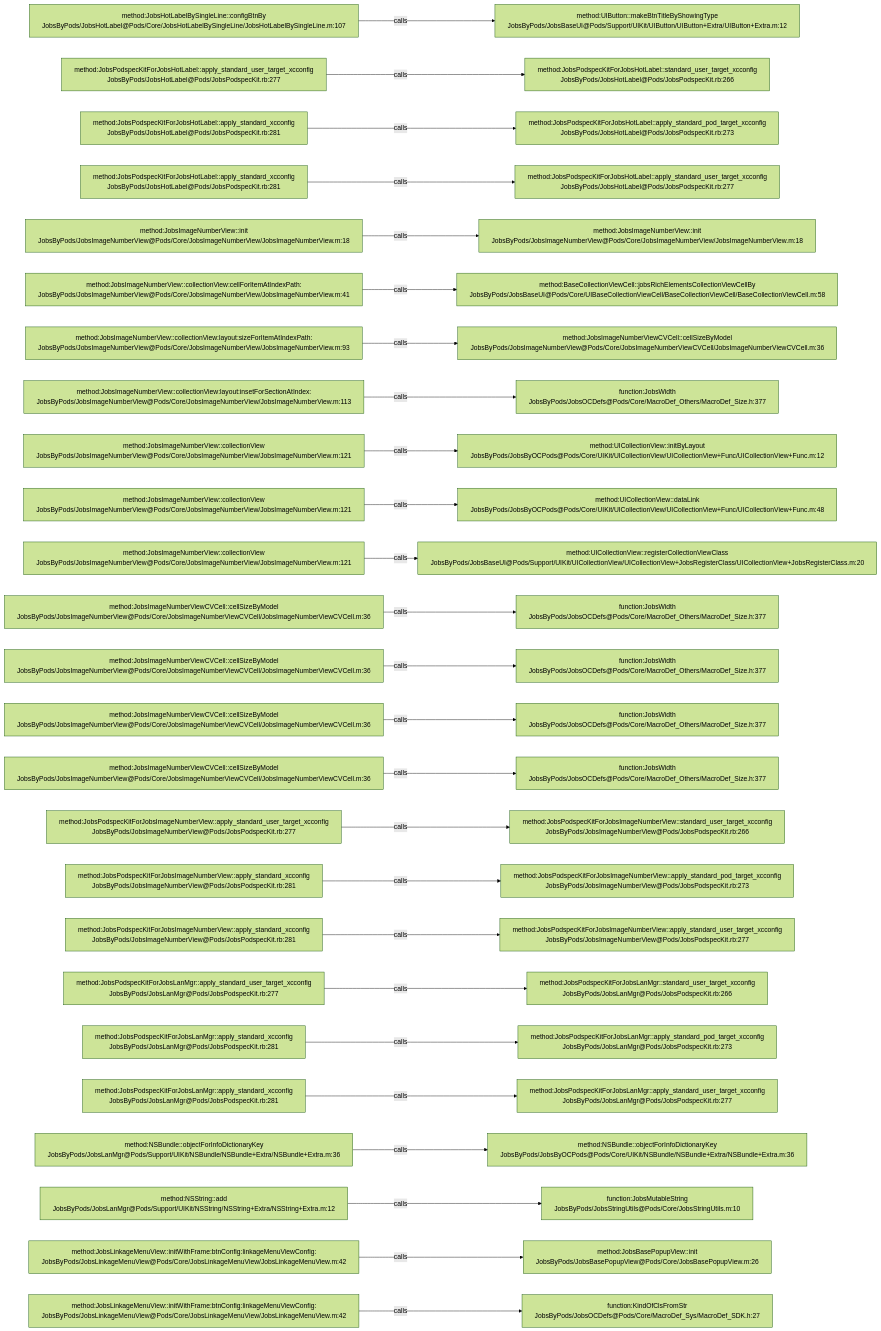
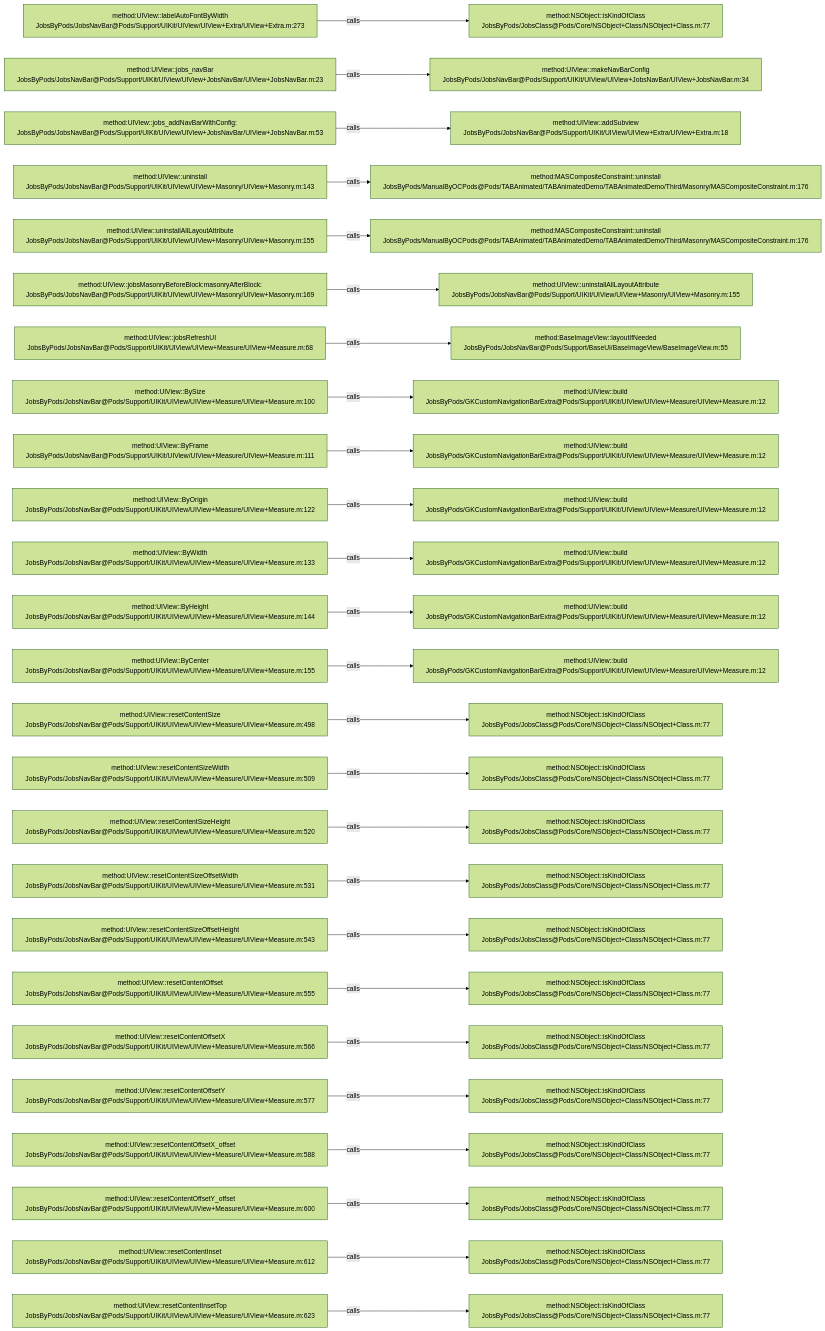
One commit to JobsKits/JobsOCBaseConfigDemo changed the diagram in .codegraph/codegraph.md/graphs/calls-126.md. Above: the diagram before and after it, drawn with Mermaid (forest theme). The commit also changed 1026 other files, not shown here.

````diff
--- a/.codegraph/codegraph.md/graphs/calls-126.md
+++ b/.codegraph/codegraph.md/graphs/calls-126.md
@@ -13,78 +13,78 @@
 ```mermaid
 flowchart LR
-  S1["method:JobsHotLabelBySingleLine::configBtnBy<br/>JobsByPods/JobsHotLabel@Pods/Core/JobsHotLabelBySingleLine/JobsHotLabelBySingleLine.m:107"]
-  T1["method:UIButton::makeBtnTitleByShowingType<br/>JobsByPods/JobsBaseUI@Pods/Support/UIKit/UIButton/UIButton+Extra/UIButton+Extra.m:12"]
+  S1["method:UIView::labelAutoFontByWidth<br/>JobsByPods/JobsNavBar@Pods/Support/UIKit/UIView/UIView+Extra/UIView+Extra.m:273"]
+  T1["method:NSObject::isKindOfClass<br/>JobsByPods/JobsClass@Pods/Core/NSObject+Class/NSObject+Class.m:77"]
   S1 -->|calls| T1
-  S2["method:JobsPodspecKitForJobsHotLabel::apply_standard_user_target_xcconfig<br/>JobsByPods/JobsHotLabel@Pods/JobsPodspecKit.rb:277"]
-  T2["method:JobsPodspecKitForJobsHotLabel::standard_user_target_xcconfig<br/>JobsByPods/JobsHotLabel@Pods/JobsPodspecKit.rb:266"]
+  S2["method:UIView::jobs_navBar<br/>JobsByPods/JobsNavBar@Pods/Support/UIKit/UIView/UIView+JobsNavBar/UIView+JobsNavBar.m:23"]
+  T2["method:UIView::makeNavBarConfig<br/>JobsByPods/JobsNavBar@Pods/Support/UIKit/UIView/UIView+JobsNavBar/UIView+JobsNavBar.m:34"]
   S2 -->|calls| T2
-  S3["method:JobsPodspecKitForJobsHotLabel::apply_standard_xcconfig<br/>JobsByPods/JobsHotLabel@Pods/JobsPodspecKit.rb:281"]
-  T3["method:JobsPodspecKitForJobsHotLabel::apply_standard_pod_target_xcconfig<br/>JobsByPods/JobsHotLabel@Pods/JobsPodspecKit.rb:273"]
+  S3["method:UIView::jobs_addNavBarWithConfig:<br/>JobsByPods/JobsNavBar@Pods/Support/UIKit/UIView/UIView+JobsNavBar/UIView+JobsNavBar.m:53"]
+  T3["method:UIView::addSubview<br/>JobsByPods/JobsNavBar@Pods/Support/UIKit/UIView/UIView+Extra/UIView+Extra.m:18"]
   S3 -->|calls| T3
-  S4["method:JobsPodspecKitForJobsHotLabel::apply_standard_xcconfig<br/>JobsByPods/JobsHotLabel@Pods/JobsPodspecKit.rb:281"]
-  T4["method:JobsPodspecKitForJobsHotLabel::apply_standard_user_target_xcconfig<br/>JobsByPods/JobsHotLabel@Pods/JobsPodspecKit.rb:277"]
+  S4["method:UIView::uninstall<br/>JobsByPods/JobsNavBar@Pods/Support/UIKit/UIView/UIView+Masonry/UIView+Masonry.m:143"]
+  T4["method:MASCompositeConstraint::uninstall<br/>JobsByPods/ManualByOCPods@Pods/TABAnimated/TABAnimatedDemo/TABAnimatedDemo/Third/Masonry/MASCompositeConstraint.m:176"]
   S4 -->|calls| T4
-  S5["method:JobsImageNumberView::init<br/>JobsByPods/JobsImageNumberView@Pods/Core/JobsImageNumberView/JobsImageNumberView.m:18"]
-  T5["method:JobsImageNumberView::init<br/>JobsByPods/JobsImageNumberView@Pods/Core/JobsImageNumberView/JobsImageNumberView.m:18"]
+  S5["method:UIView::uninstallAllLayoutAttribute<br/>JobsByPods/JobsNavBar@Pods/Support/UIKit/UIView/UIView+Masonry/UIView+Masonry.m:155"]
+  T5["method:MASCompositeConstraint::uninstall<br/>JobsByPods/ManualByOCPods@Pods/TABAnimated/TABAnimatedDemo/TABAnimatedDemo/Third/Masonry/MASCompositeConstraint.m:176"]
   S5 -->|calls| T5
-  S6["method:JobsImageNumberView::collectionView:cellForItemAtIndexPath:<br/>JobsByPods/JobsImageNumberView@Pods/Core/JobsImageNumberView/JobsImageNumberView.m:41"]
-  T6["method:BaseCollectionViewCell::jobsRichElementsCollectionViewCellBy<br/>JobsByPods/JobsBaseUI@Pods/Core/UIBaseCollectionViewCell/BaseCollectionViewCell/BaseCollectionViewCell.m:58"]
+  S6["method:UIView::jobsMasonryBeforeBlock:masonryAfterBlock:<br/>JobsByPods/JobsNavBar@Pods/Support/UIKit/UIView/UIView+Masonry/UIView+Masonry.m:169"]
+  T6["method:UIView::uninstallAllLayoutAttribute<br/>JobsByPods/JobsNavBar@Pods/Support/UIKit/UIView/UIView+Masonry/UIView+Masonry.m:155"]
   S6 -->|calls| T6
-  S7["method:JobsImageNumberView::collectionView:layout:sizeForItemAtIndexPath:<br/>JobsByPods/JobsImageNumberView@Pods/Core/JobsImageNumberView/JobsImageNumberView.m:93"]
-  T7["method:JobsImageNumberViewCVCell::cellSizeByModel<br/>JobsByPods/JobsImageNumberView@Pods/Core/JobsImageNumberViewCVCell/JobsImageNumberViewCVCell.m:36"]
+  S7["method:UIView::jobsRefreshUI<br/>JobsByPods/JobsNavBar@Pods/Support/UIKit/UIView/UIView+Measure/UIView+Measure.m:68"]
+  T7["method:BaseImageView::layoutIfNeeded<br/>JobsByPods/JobsNavBar@Pods/Support/BaseUI/BaseImageView/BaseImageView.m:55"]
   S7 -->|calls| T7
-  S8["method:JobsImageNumberView::collectionView:layout:insetForSectionAtIndex:<br/>JobsByPods/JobsImageNumberView@Pods/Core/JobsImageNumberView/JobsImageNumberView.m:113"]
-  T8["function:JobsWidth<br/>JobsByPods/JobsOCDefs@Pods/Core/MacroDef_Others/MacroDef_Size.h:377"]
+  S8["method:UIView::BySize<br/>JobsByPods/JobsNavBar@Pods/Support/UIKit/UIView/UIView+Measure/UIView+Measure.m:100"]
+  T8["method:UIView::build<br/>JobsByPods/GKCustomNavigationBarExtra@Pods/Support/UIKit/UIView/UIView+Measure/UIView+Measure.m:12"]
   S8 -->|calls| T8
-  S9["method:JobsImageNumberView::collectionView<br/>JobsByPods/JobsImageNumberView@Pods/Core/JobsImageNumberView/JobsImageNumberView.m:121"]
-  T9["method:UICollectionView::initByLayout<br/>JobsByPods/JobsByOCPods@Pods/Core/UIKit/UICollectionView/UICollectionView+Func/UICollectionView+Func.m:12"]
+  S9["method:UIView::ByFrame<br/>JobsByPods/JobsNavBar@Pods/Support/UIKit/UIView/UIView+Measure/UIView+Measure.m:111"]
+  T9["method:UIView::build<br/>JobsByPods/GKCustomNavigationBarExtra@Pods/Support/UIKit/UIView/UIView+Measure/UIView+Measure.m:12"]
   S9 -->|calls| T9
-  S10["method:JobsImageNumberView::collectionView<br/>JobsByPods/JobsImageNumberView@Pods/Core/JobsImageNumberView/JobsImageNumberView.m:121"]
-  T10["method:UICollectionView::dataLink<br/>JobsByPods/JobsByOCPods@Pods/Core/UIKit/UICollectionView/UICollectionView+Func/UICollectionView+Func.m:48"]
+  S10["method:UIView::ByOrigin<br/>JobsByPods/JobsNavBar@Pods/Support/UIKit/UIView/UIView+Measure/UIView+Measure.m:122"]
+  T10["method:UIView::build<br/>JobsByPods/GKCustomNavigationBarExtra@Pods/Support/UIKit/UIView/UIView+Measure/UIView+Measure.m:12"]
   S10 -->|calls| T10
-  S11["method:JobsImageNumberView::collectionView<br/>JobsByPods/JobsImageNumberView@Pods/Core/JobsImageNumberView/JobsImageNumberView.m:121"]
-  T11["method:UICollectionView::registerCollectionViewClass<br/>JobsByPods/JobsBaseUI@Pods/Support/UIKit/UICollectionView/UICollectionView+JobsRegisterClass/UICollectionView+JobsRegisterClass.m:20"]
+  S11["method:UIView::ByWidth<br/>JobsByPods/JobsNavBar@Pods/Support/UIKit/UIView/UIView+Measure/UIView+Measure.m:133"]
+  T11["method:UIView::build<br/>JobsByPods/GKCustomNavigationBarExtra@Pods/Support/UIKit/UIView/UIView+Measure/UIView+Measure.m:12"]
   S11 -->|calls| T11
-  S12["method:JobsImageNumberViewCVCell::cellSizeByModel<br/>JobsByPods/JobsImageNumberView@Pods/Core/JobsImageNumberViewCVCell/JobsImageNumberViewCVCell.m:36"]
-  T12["function:JobsWidth<br/>JobsByPods/JobsOCDefs@Pods/Core/MacroDef_Others/MacroDef_Size.h:377"]
+  S12["method:UIView::ByHeight<br/>JobsByPods/JobsNavBar@Pods/Support/UIKit/UIView/UIView+Measure/UIView+Measure.m:144"]
+  T12["method:UIView::build<br/>JobsByPods/GKCustomNavigationBarExtra@Pods/Support/UIKit/UIView/UIView+Measure/UIView+Measure.m:12"]
   S12 -->|calls| T12
-  S13["method:JobsImageNumberViewCVCell::cellSizeByModel<br/>JobsByPods/JobsImageNumberView@Pods/Core/JobsImageNumberViewCVCell/JobsImageNumberViewCVCell.m:36"]
-  T13["function:JobsWidth<br/>JobsByPods/JobsOCDefs@Pods/Core/MacroDef_Others/MacroDef_Size.h:377"]
+  S13["method:UIView::ByCenter<br/>JobsByPods/JobsNavBar@Pods/Support/UIKit/UIView/UIView+Measure/UIView+Measure.m:155"]
+  T13["method:UIView::build<br/>JobsByPods/GKCustomNavigationBarExtra@Pods/Support/UIKit/UIView/UIView+Measure/UIView+Measure.m:12"]
   S13 -->|calls| T13
-  S14["method:JobsImageNumberViewCVCell::cellSizeByModel<br/>JobsByPods/JobsImageNumberView@Pods/Core/JobsImageNumberViewCVCell/JobsImageNumberViewCVCell.m:36"]
-  T14["function:JobsWidth<br/>JobsByPods/JobsOCDefs@Pods/Core/MacroDef_Others/MacroDef_Size.h:377"]
+  S14["method:UIView::resetContentSize<br/>JobsByPods/JobsNavBar@Pods/Support/UIKit/UIView/UIView+Measure/UIView+Measure.m:498"]
+  T14["method:NSObject::isKindOfClass<br/>JobsByPods/JobsClass@Pods/Core/NSObject+Class/NSObject+Class.m:77"]
   S14 -->|calls| T14
-  S15["method:JobsImageNumberViewCVCell::cellSizeByModel<br/>JobsByPods/JobsImageNumberView@Pods/Core/JobsImageNumberViewCVCell/JobsImageNumberViewCVCell.m:36"]
-  T15["function:JobsWidth<br/>JobsByPods/JobsOCDefs@Pods/Core/MacroDef_Others/MacroDef_Size.h:377"]
+  S15["method:UIView::resetContentSizeWidth<br/>JobsByPods/JobsNavBar@Pods/Support/UIKit/UIView/UIView+Measure/UIView+Measure.m:509"]
+  T15["method:NSObject::isKindOfClass<br/>JobsByPods/JobsClass@Pods/Core/NSObject+Class/NSObject+Class.m:77"]
   S15 -->|calls| T15
-  S16["method:JobsPodspecKitForJobsImageNumberView::apply_standard_user_target_xcconfig<br/>JobsByPods/JobsImageNumberView@Pods/JobsPodspecKit.rb:277"]
-  T16["method:JobsPodspecKitForJobsImageNumberView::standard_user_target_xcconfig<br/>JobsByPods/JobsImageNumberView@Pods/JobsPodspecKit.rb:266"]
+  S16["method:UIView::resetContentSizeHeight<br/>JobsByPods/JobsNavBar@Pods/Support/UIKit/UIView/UIView+Measure/UIView+Measure.m:520"]
+  T16["method:NSObject::isKindOfClass<br/>JobsByPods/JobsClass@Pods/Core/NSObject+Class/NSObject+Class.m:77"]
   S16 -->|calls| T16
-  S17["method:JobsPodspecKitForJobsImageNumberView::apply_standard_xcconfig<br/>JobsByPods/JobsImageNumberView@Pods/JobsPodspecKit.rb:281"]
-  T17["method:JobsPodspecKitForJobsImageNumberView::apply_standard_pod_target_xcconfig<br/>JobsByPods/JobsImageNumberView@Pods/JobsPodspecKit.rb:273"]
+  S17["method:UIView::resetContentSizeOffsetWidth<br/>JobsByPods/JobsNavBar@Pods/Support/UIKit/UIView/UIView+Measure/UIView+Measure.m:531"]
+  T17["method:NSObject::isKindOfClass<br/>JobsByPods/JobsClass@Pods/Core/NSObject+Class/NSObject+Class.m:77"]
   S17 -->|calls| T17
-  S18["method:JobsPodspecKitForJobsImageNumberView::apply_standard_xcconfig<br/>JobsByPods/JobsImageNumberView@Pods/JobsPodspecKit.rb:281"]
-  T18["method:JobsPodspecKitForJobsImageNumberView::apply_standard_user_target_xcconfig<br/>JobsByPods/JobsImageNumberView@Pods/JobsPodspecKit.rb:277"]
+  S18["method:UIView::resetContentSizeOffsetHeight<br/>JobsByPods/JobsNavBar@Pods/Support/UIKit/UIView/UIView+Measure/UIView+Measure.m:543"]
+  T18["method:NSObject::isKindOfClass<br/>JobsByPods/JobsClass@Pods/Core/NSObject+Class/NSObject+Class.m:77"]
   S18 -->|calls| T18
-  S19["method:JobsPodspecKitForJobsLanMgr::apply_standard_user_target_xcconfig<br/>JobsByPods/JobsLanMgr@Pods/JobsPodspecKit.rb:277"]
-  T19["method:JobsPodspecKitForJobsLanMgr::standard_user_target_xcconfig<br/>JobsByPods/JobsLanMgr@Pods/JobsPodspecKit.rb:266"]
+  S19["method:UIView::resetContentOffset<br/>JobsByPods/JobsNavBar@Pods/Support/UIKit/UIView/UIView+Measure/UIView+Measure.m:555"]
+  T19["method:NSObject::isKindOfClass<br/>JobsByPods/JobsClass@Pods/Core/NSObject+Class/NSObject+Class.m:77"]
   S19 -->|calls| T19
-  S20["method:JobsPodspecKitForJobsLanMgr::apply_standard_xcconfig<br/>JobsByPods/JobsLanMgr@Pods/JobsPodspecKit.rb:281"]
-  T20["method:JobsPodspecKitForJobsLanMgr::apply_standard_pod_target_xcconfig<br/>JobsByPods/JobsLanMgr@Pods/JobsPodspecKit.rb:273"]
+  S20["method:UIView::resetContentOffsetX<br/>JobsByPods/JobsNavBar@Pods/Support/UIKit/UIView/UIView+Measure/UIView+Measure.m:566"]
+  T20["method:NSObject::isKindOfClass<br/>JobsByPods/JobsClass@Pods/Core/NSObject+Class/NSObject+Class.m:77"]
   S20 -->|calls| T20
-  S21["method:JobsPodspecKitForJobsLanMgr::apply_standard_xcconfig<br/>JobsByPods/JobsLanMgr@Pods/JobsPodspecKit.rb:281"]
-  T21["method:JobsPodspecKitForJobsLanMgr::apply_standard_user_target_xcconfig<br/>JobsByPods/JobsLanMgr@Pods/JobsPodspecKit.rb:277"]
+  S21["method:UIView::resetContentOffsetY<br/>JobsByPods/JobsNavBar@Pods/Support/UIKit/UIView/UIView+Measure/UIView+Measure.m:577"]
+  T21["method:NSObject::isKindOfClass<br/>JobsByPods/JobsClass@Pods/Core/NSObject+Class/NSObject+Class.m:77"]
   S21 -->|calls| T21
-  S22["method:NSBundle::objectForInfoDictionaryKey<br/>JobsByPods/JobsLanMgr@Pods/Support/UIKit/NSBundle/NSBundle+Extra/NSBundle+Extra.m:36"]
-  T22["method:NSBundle::objectForInfoDictionaryKey<br/>JobsByPods/JobsByOCPods@Pods/Core/UIKit/NSBundle/NSBundle+Extra/NSBundle+Extra.m:36"]
+  S22["method:UIView::resetContentOffsetX_offset<br/>JobsByPods/JobsNavBar@Pods/Support/UIKit/UIView/UIView+Measure/UIView+Measure.m:588"]
+  T22["method:NSObject::isKindOfClass<br/>JobsByPods/JobsClass@Pods/Core/NSObject+Class/NSObject+Class.m:77"]
   S22 -->|calls| T22
-  S23["method:NSString::add<br/>JobsByPods/JobsLanMgr@Pods/Support/UIKit/NSString/NSString+Extra/NSString+Extra.m:12"]
-  T23["function:JobsMutableString<br/>JobsByPods/JobsStringUtils@Pods/Core/JobsStringUtils.m:10"]
+  S23["method:UIView::resetContentOffsetY_offset<br/>JobsByPods/JobsNavBar@Pods/Support/UIKit/UIView/UIView+Measure/UIView+Measure.m:600"]
+  T23["method:NSObject::isKindOfClass<br/>JobsByPods/JobsClass@Pods/Core/NSObject+Class/NSObject+Class.m:77"]
   S23 -->|calls| T23
-  S24["method:JobsLinkageMenuView::initWithFrame:btnConfig:linkageMenuViewConfig:<br/>JobsByPods/JobsLinkageMenuView@Pods/Core/JobsLinkageMenuView/JobsLinkageMenuView.m:42"]
-  T24["method:JobsBasePopupView::init<br/>JobsByPods/JobsBasePopupView@Pods/Core/JobsBasePopupView.m:26"]
+  S24["method:UIView::resetContentInset<br/>JobsByPods/JobsNavBar@Pods/Support/UIKit/UIView/UIView+Measure/UIView+Measure.m:612"]
+  T24["method:NSObject::isKindOfClass<br/>JobsByPods/JobsClass@Pods/Core/NSObject+Class/NSObject+Class.m:77"]
   S24 -->|calls| T24
-  S25["method:JobsLinkageMenuView::initWithFrame:btnConfig:linkageMenuViewConfig:<br/>JobsByPods/JobsLinkageMenuView@Pods/Core/JobsLinkageMenuView/JobsLinkageMenuView.m:42"]
-  T25["function:KindOfClsFromStr<br/>JobsByPods/JobsOCDefs@Pods/Core/MacroDef_Sys/MacroDef_SDK.h:27"]
+  S25["method:UIView::resetContentInsetTop<br/>JobsByPods/JobsNavBar@Pods/Support/UIKit/UIView/UIView+Measure/UIView+Measure.m:623"]
+  T25["method:NSObject::isKindOfClass<br/>JobsByPods/JobsClass@Pods/Core/NSObject+Class/NSObject+Class.m:77"]
   S25 -->|calls| T25
 ```
````
